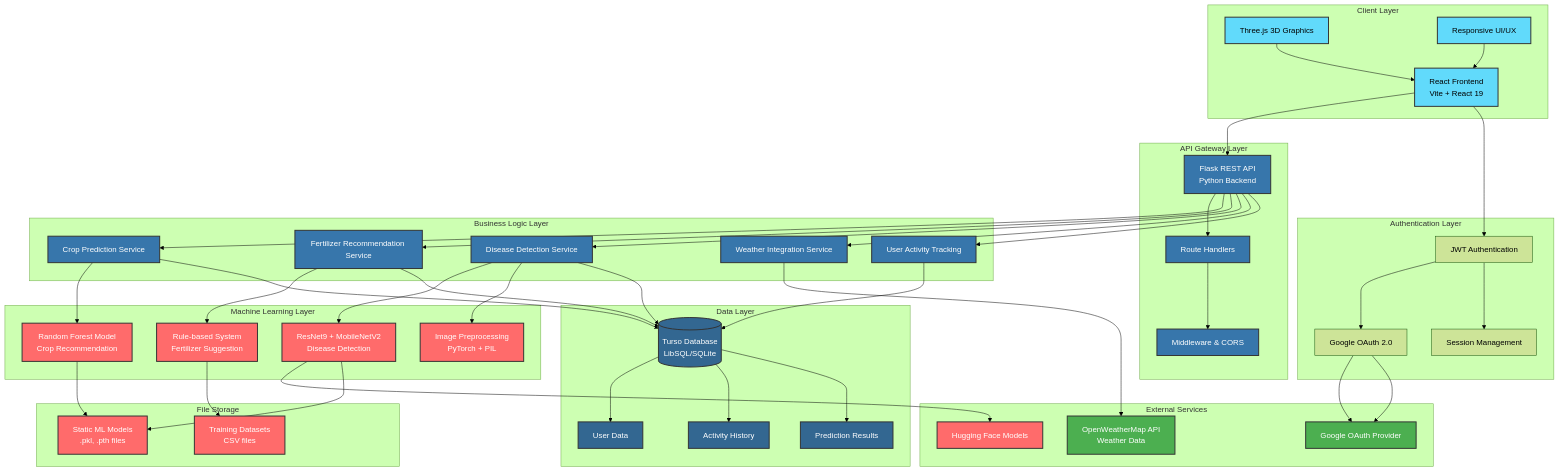
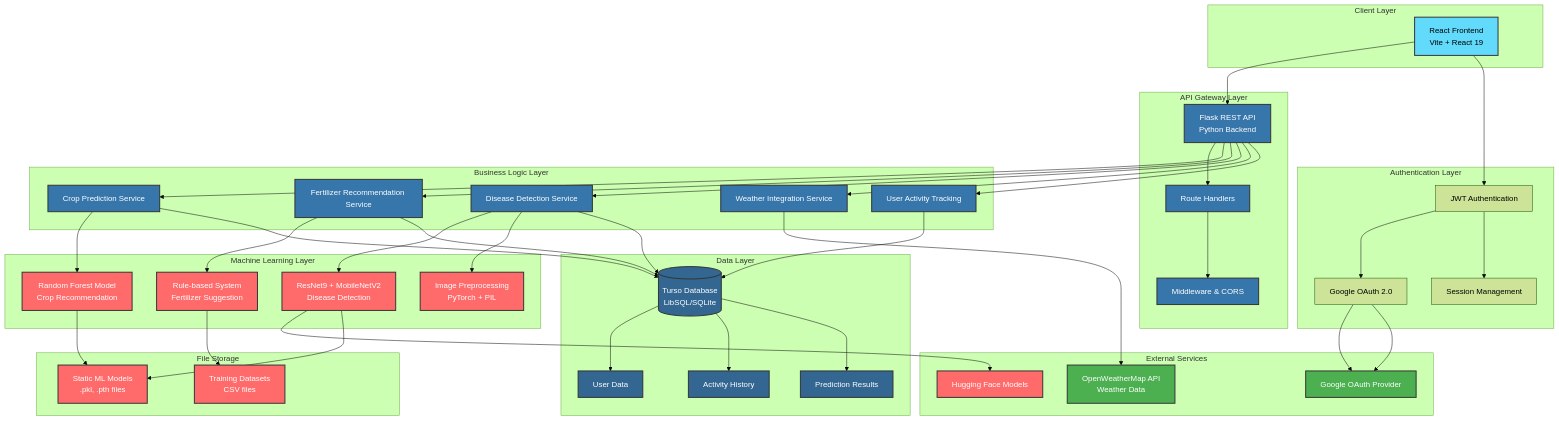
The first of 2 diagrams in README.md (AnishSarkar22/Farmalyze), drawn with Mermaid (forest theme) before and after one commit.

Commit message:
chore: Remove unused components from architecture diagram in README

```diff
--- a/README.md
+++ b/README.md
@@ -115,8 +115,6 @@
 graph TB
     subgraph "Client Layer"
         A[React Frontend<br/>Vite + React 19]
-        B[Three.js 3D Graphics]
-        C[Responsive UI/UX]
     end
 
     subgraph "Authentication Layer"
@@ -166,8 +164,6 @@
 
     %% Frontend to API
     A --> G
-    B --> A
-    C --> A
 
     %% Authentication Flow
     A --> D
```
